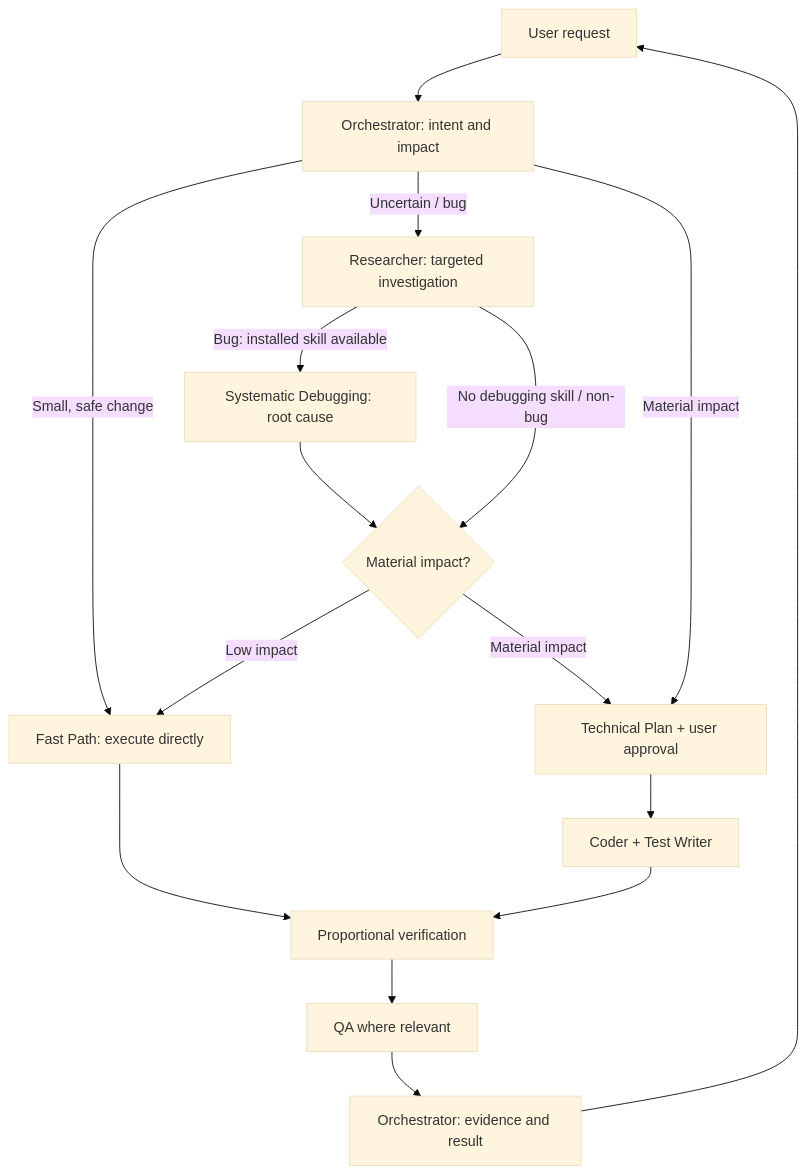
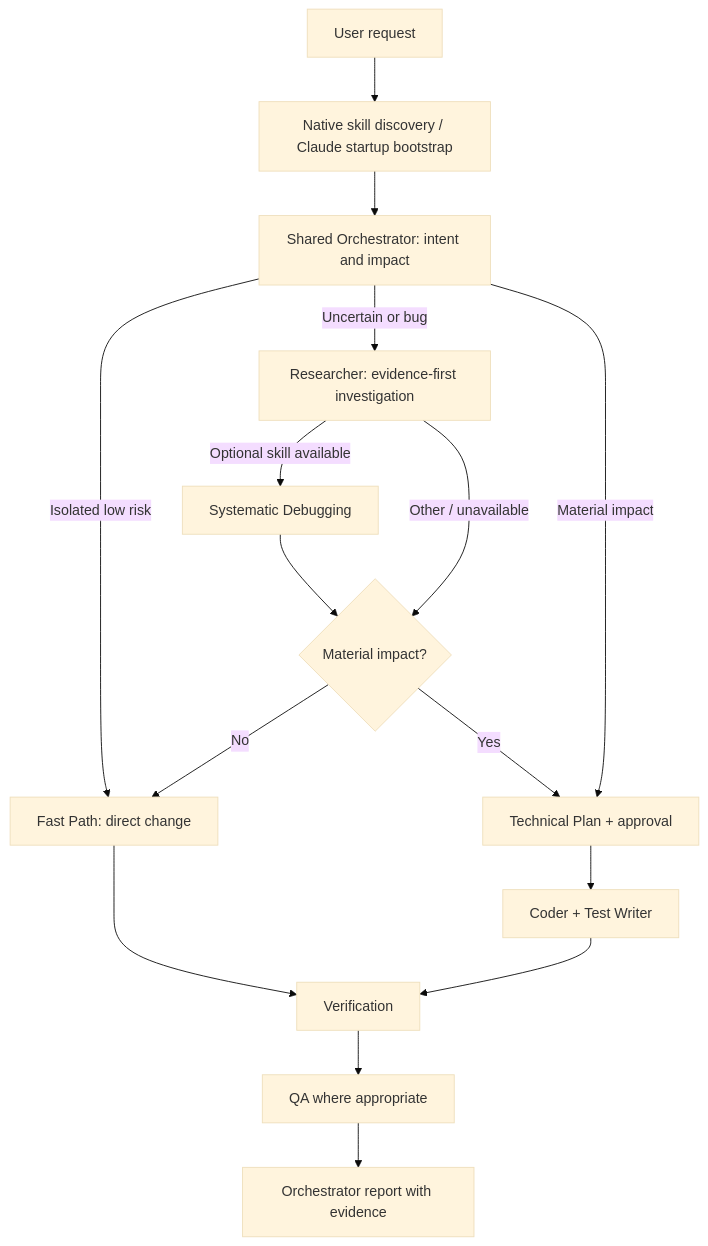
The diagram in README.md (rifqicode/my-ai-setup), drawn with Mermaid (base theme) before and after one commit. The commit also changed other lines of this file, not shown here.

Commit message:
docs: document only three native hosts and setup

````diff
--- a/README.md
+++ b/README.md
@@ -7,18 +7,18 @@
 ```mermaid
 flowchart TD
-    U[User request] --> O[Orchestrator: intent and impact]
-    O -->|Small, safe change| F[Fast Path: execute directly]
-    O -->|Uncertain / bug| R[Researcher: targeted investigation]
-    R -->|Bug: installed skill available| S[Systematic Debugging: root cause]
+    U[User request] --> N[Native skill discovery / Claude startup bootstrap]
+    N --> O[Shared Orchestrator: intent and impact]
+    O -->|Isolated low risk| F[Fast Path: direct change]
+    O -->|Uncertain or bug| R[Researcher: evidence-first investigation]
+    R -->|Optional skill available| S[Systematic Debugging]
     S --> G{Material impact?}
-    R -->|No debugging skill / non-bug| G
-    O -->|Material impact| P[Technical Plan + user approval]
-    G -->|Low impact| F
-    G -->|Material impact| P
+    R -->|Other / unavailable| G
+    O -->|Material impact| P[Technical Plan + approval]
+    G -->|No| F
+    G -->|Yes| P
     P --> C[Coder + Test Writer]
-    F --> V[Proportional verification]
-    C --> V
-    V --> Q[QA where relevant]
-    Q --> X[Orchestrator: evidence and result]
-    X --> U
+    C --> V[Verification]
+    F --> V
+    V --> Q[QA where appropriate]
+    Q --> X[Orchestrator report with evidence]
 ```
````
